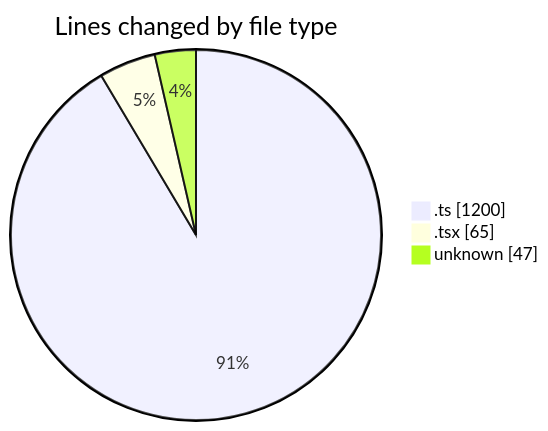
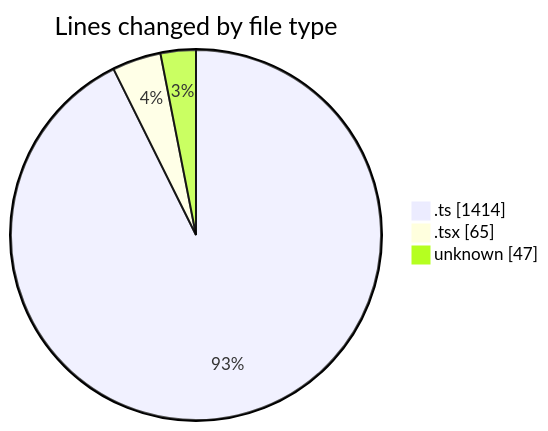
One commit to momahboobian/code-tracking changed the first of 2 diagrams in 2025-09-11/cda/README.md. Above: the diagram before and after it, drawn with Mermaid. The commit also changed other lines of this file and 1 other file, not shown here.

````diff
--- a/2025-09-11/cda/README.md
+++ b/2025-09-11/cda/README.md
@@ -27,7 +28,7 @@
 ```mermaid
 pie showData
 title Lines changed by file type
-".ts" : 1200
+".ts" : 1414
 ".tsx" : 65
 "unknown" : 47
 ```
````
